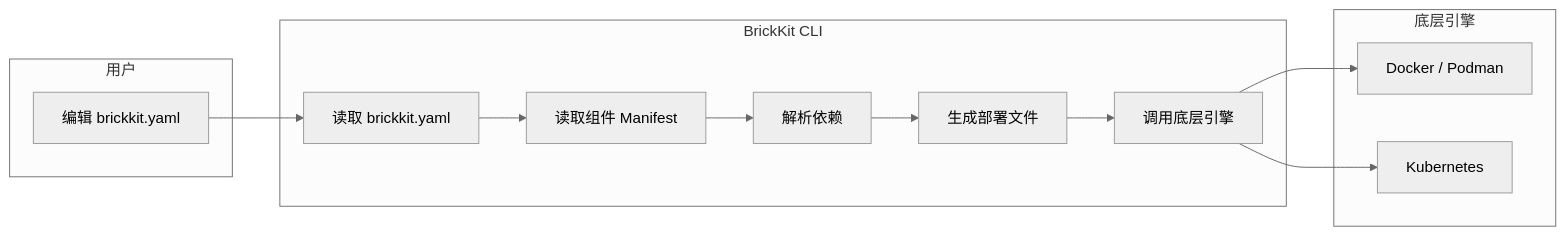
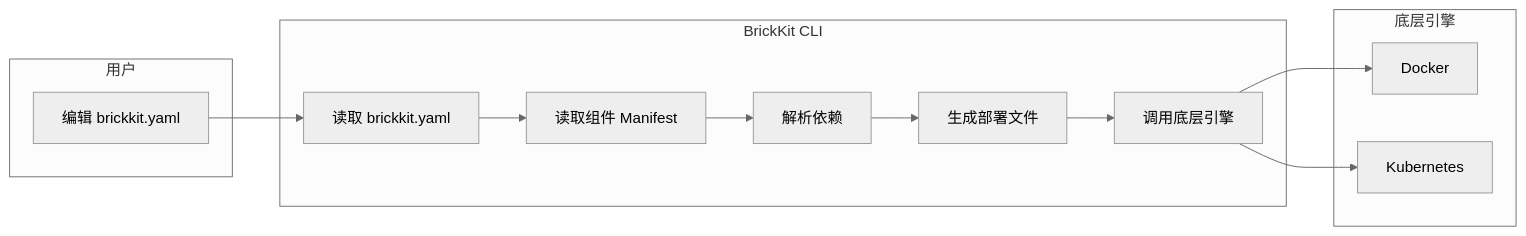
The diagram in design/003-项目配置规范.md (brickKit/brickKit), drawn with Mermaid (neutral theme) before and after one commit. The commit also changed other lines of this file and 24 other files, not shown here.

````diff
--- a/design/003-项目配置规范.md
+++ b/design/003-项目配置规范.md
@@ -41,20 +41,20 @@
 ```mermaid
 flowchart LR
        subgraph User["用户"]
            A["编辑 brickkit.yaml"]
        end
        subgraph CLI["BrickKit CLI"]
            B["读取 brickkit.yaml"]
            C["读取组件 Manifest"]
            D["解析依赖"]
            E["生成部署文件"]
            F["调用底层引擎"]
        end
        subgraph Engine["底层引擎"]
-           G["Docker / Podman"]
+           G["Docker"]
            H["Kubernetes"]
        end
        A --> B --> C --> D --> E --> F
        F --> G
        F --> H
 ```
````
